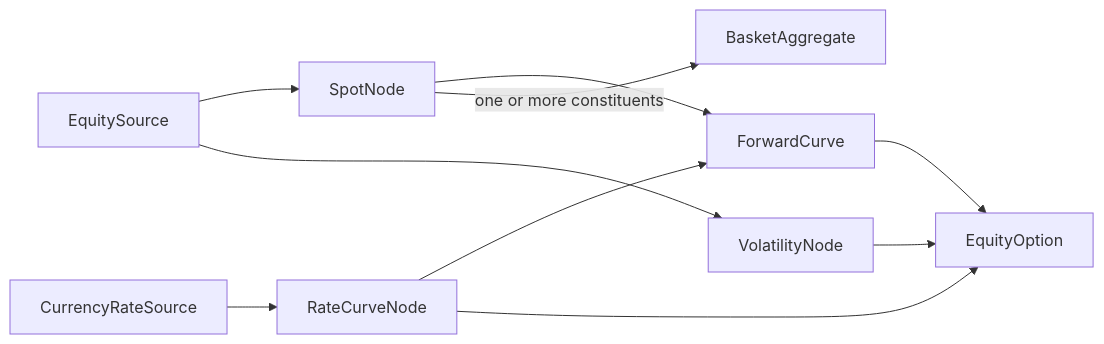
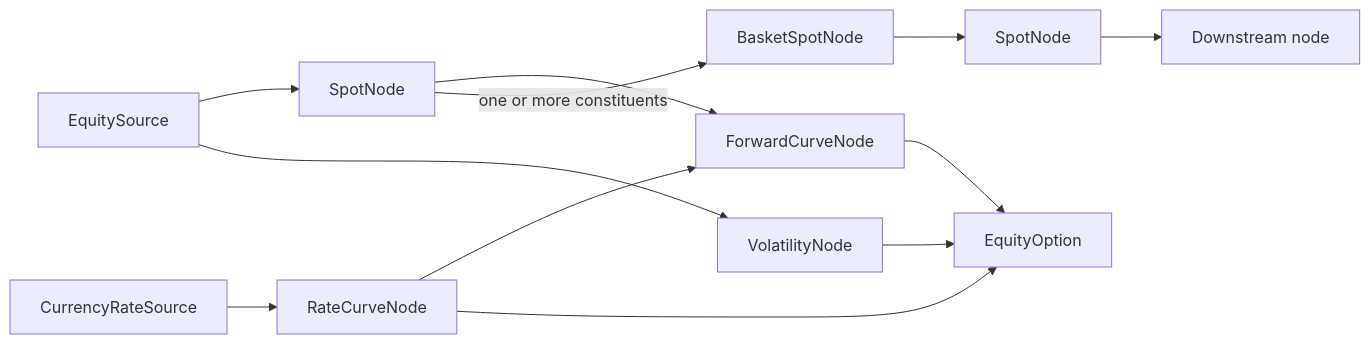
The diagram in README.md (losterbr/EventGraph), drawn with Mermaid before and after one commit. The commit also changed other lines of this file, not shown here.

Commit message:
Document graph node dependencies

````diff
--- a/README.md
+++ b/README.md
@@ -15,17 +15,19 @@
 ```mermaid
 flowchart LR
 	equity[EquitySource]
 	rate[CurrencyRateSource]
 
 	equity --> spot[SpotNode]
 	equity --> volatility[VolatilityNode]
 	rate --> discount[RateCurveNode]
 
-	spot --> forward[ForwardCurve]
+	spot --> forward[ForwardCurveNode]
 	discount --> forward
 	forward --> option[EquityOption]
 	volatility --> option
 	discount --> option
 
-	spot -->|one or more constituents| basket[BasketAggregate]
+	spot -->|one or more constituents| basket[BasketSpotNode]
+	basket --> basketSpot[SpotNode]
+	basketSpot --> downstream[Downstream node]
 ```
````
